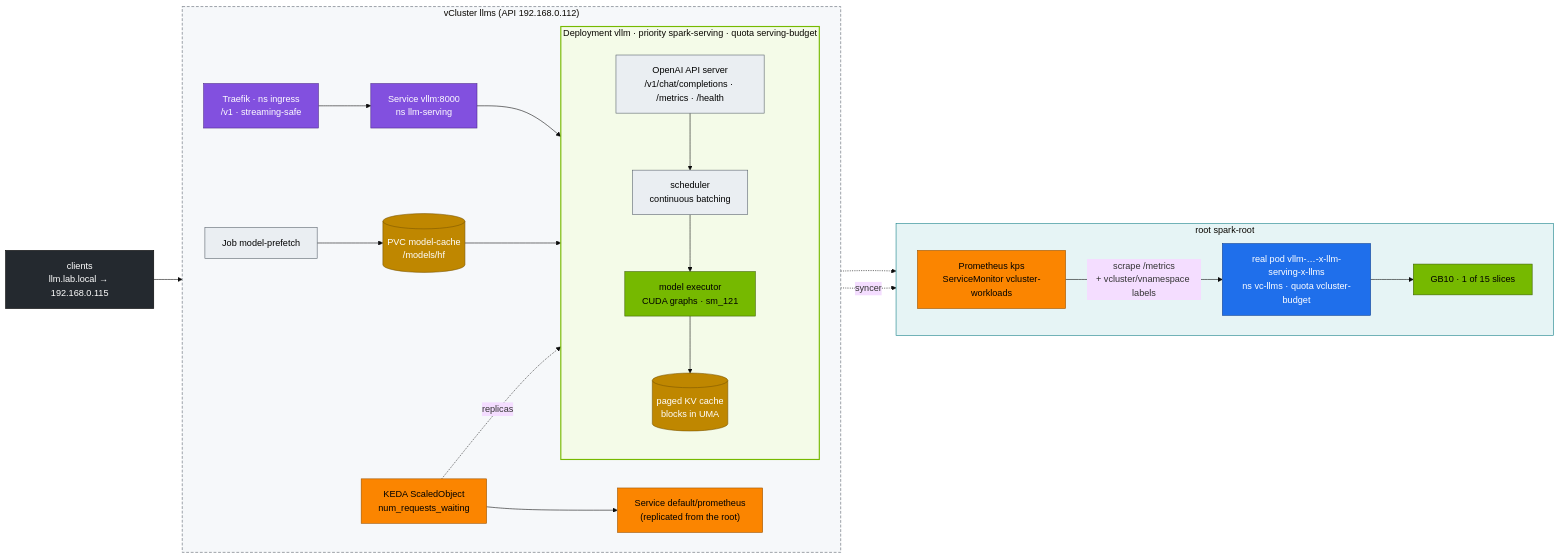
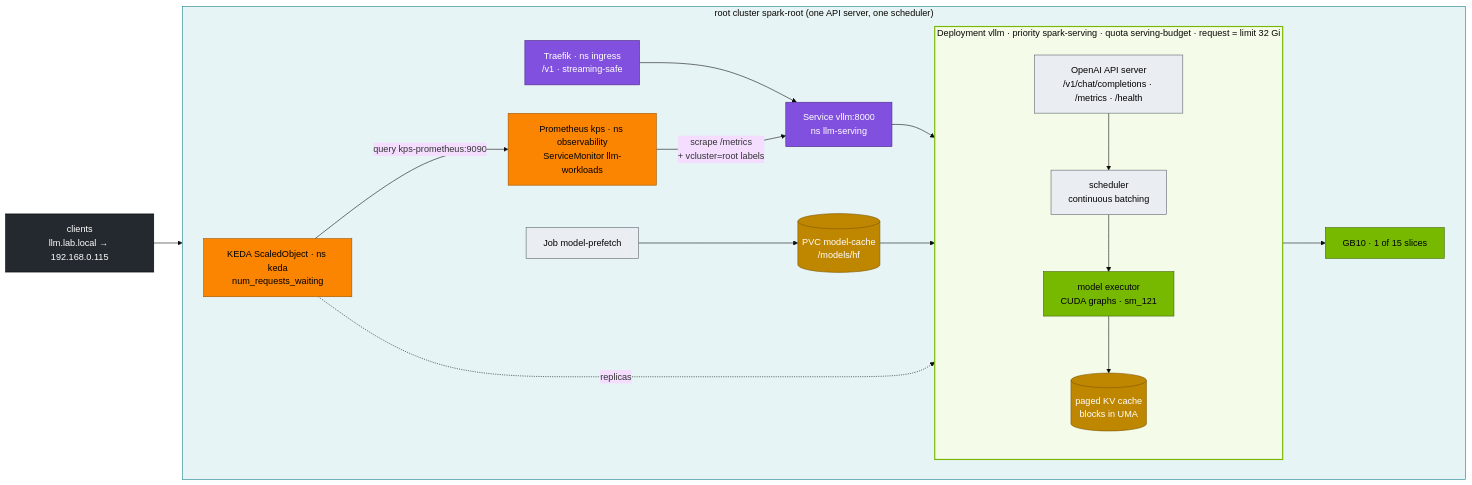
The diagram in 02-Kubernetes/20-vllm-high-throughput-llm-serving.md (cloudone365/technical-depth), drawn with Mermaid (base theme) before and after one commit. The commit also changed other lines of this file and 58 other files, not shown here.

First line of the commit message:
Docs: dev-llms sandbox vCluster, LLM stack on the root, shared ~90 GiB pool, headless DGX OS

````diff
--- a/02-Kubernetes/20-vllm-high-throughput-llm-serving.md
+++ b/02-Kubernetes/20-vllm-high-throughput-llm-serving.md
@@ -37,50 +37,41 @@
 ```mermaid
 flowchart LR
   CL["clients<br/>llm.lab.local → 192.168.0.115"] --> TR
-  subgraph LLMS["vCluster llms (API 192.168.0.112)"]
+  subgraph ROOT["root cluster spark-root (one API server, one scheduler)"]
     direction LR
     TR["Traefik · ns ingress<br/>/v1 · streaming-safe"] --> SVC["Service vllm:8000<br/>ns llm-serving"]
-    subgraph POD["Deployment vllm · priority spark-serving · quota serving-budget"]
+    subgraph POD["Deployment vllm · priority spark-serving · quota serving-budget · request = limit 32 Gi"]
       direction TB
       API["OpenAI API server<br/>/v1/chat/completions · /metrics · /health"]
       SCH["scheduler<br/>continuous batching"]
       ENG["model executor<br/>CUDA graphs · sm_121"]
       KV[("paged KV cache<br/>blocks in UMA")]
       API --> SCH --> ENG --> KV
     end
     SVC --> API
     PVC[("PVC model-cache<br/>/models/hf")] --> ENG
     PRE["Job model-prefetch"] --> PVC
-    KEDA["KEDA ScaledObject<br/>num_requests_waiting"]
-    RP["Service default/prometheus<br/>(replicated from the root)"]
-    KEDA --> RP
+    KEDA["KEDA ScaledObject · ns keda<br/>num_requests_waiting"]
+    PROM["Prometheus kps · ns observability<br/>ServiceMonitor llm-workloads"]
+    GPU["GB10 · 1 of 15 slices"]
+    KEDA -->|"query kps-prometheus:9090"| PROM
     KEDA -.->|"replicas"| POD
+    PROM -->|"scrape /metrics<br/>+ vcluster=root labels"| SVC
+    ENG --> GPU
   end
-  subgraph ROOT["root spark-root"]
-    direction LR
-    HP["real pod vllm-…-x-llm-serving-x-llms<br/>ns vc-llms · quota vcluster-budget"]
-    PROM["Prometheus kps<br/>ServiceMonitor vcluster-workloads"]
-    GPU["GB10 · 1 of 15 slices"]
-    HP --> GPU
-  end
-  POD -. "syncer" .-> HP
-  PROM -->|"scrape /metrics<br/>+ vcluster/vnamespace labels"| HP
-  RP -.-> PROM
   classDef ctrl fill:#1f6feb,stroke:#0b3d91,color:#fff
   classDef gpu fill:#76b900,stroke:#3d6000,color:#000
   classDef net fill:#8250df,stroke:#4c2889,color:#fff
   classDef store fill:#bf8700,stroke:#7a5600,color:#fff
   classDef obs fill:#fb8500,stroke:#9a5200,color:#000
   classDef ext fill:#24292f,stroke:#000,color:#fff
   classDef tenant fill:#eaeef2,stroke:#57606a,color:#000
   class ENG,GPU gpu
   class TR,SVC net
   class KV,PVC store
-  class PROM,KEDA,RP obs
+  class PROM,KEDA obs
   class CL ext
   class API,SCH,PRE tenant
-  class HP ctrl
   style POD fill:#f4fbe8,stroke:#76b900,stroke-width:2px
-  style LLMS fill:#f6f8fa,stroke:#57606a,stroke-dasharray:5 3
   style ROOT fill:#e6f4f5,stroke:#0e7c86
 ```
````
